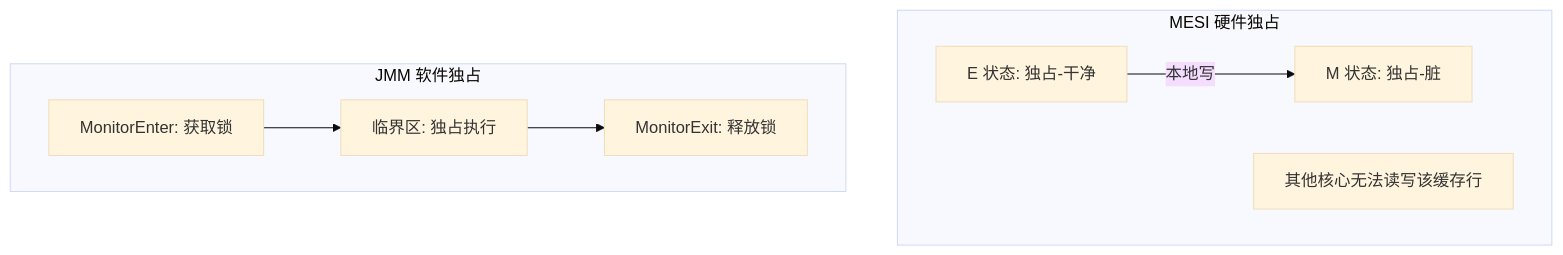
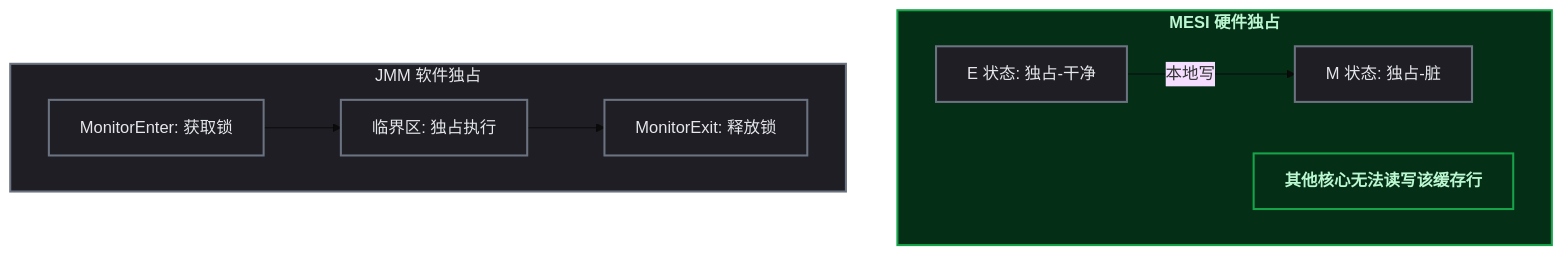
One commit to yaocat55/yaocat55.github.io changed the third of 4 diagrams in content/posts/concurrency/JmmIntroduction.md. Above: the diagram before and after it, drawn with Mermaid (base theme). The commit also changed other lines of this file and 155 other files, not shown here.

````diff
--- a/content/posts/concurrency/JmmIntroduction.md
+++ b/content/posts/concurrency/JmmIntroduction.md
@@ -132,11 +138,17 @@
 ```mermaid
 flowchart TD
+%% 半暗底色 + 高亮描边：完美适配博客深色/浅色双主题 %%
+classDef data fill:#052e16,stroke:#16a34a,stroke-width:2px,color:#bbf7d0,font-weight:bold;
+classDef process fill:#1e1e24,stroke:#6b7280,stroke-width:2px,color:#e5e7eb;
     subgraph MESI独占[MESI 硬件独占]
         E[E 状态: 独占-干净] -->|本地写| M[M 状态: 独占-脏]
         BUS[其他核心无法读写该缓存行]
     end
     subgraph SYNC独占[JMM 软件独占]
         ENTER[MonitorEnter: 获取锁] --> CRITICAL[临界区: 独占执行]
         CRITICAL --> EXIT[MonitorExit: 释放锁]
     end
+
+class BUS,MESI独占 data;
+class CRITICAL,E,ENTER,EXIT,M,SYNC独占 process;
 ```
````
